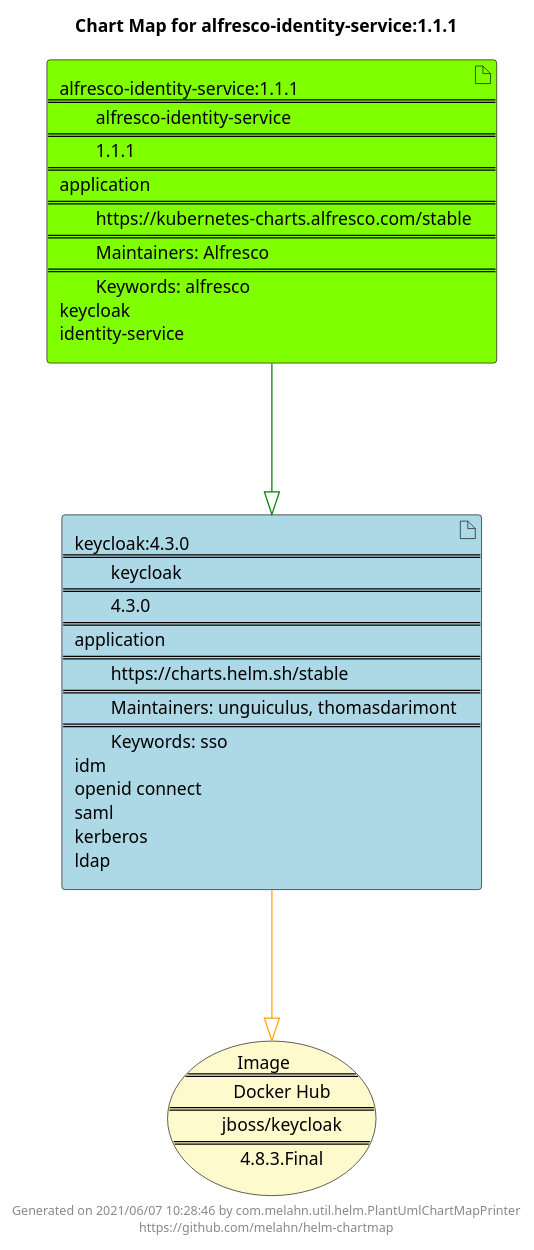
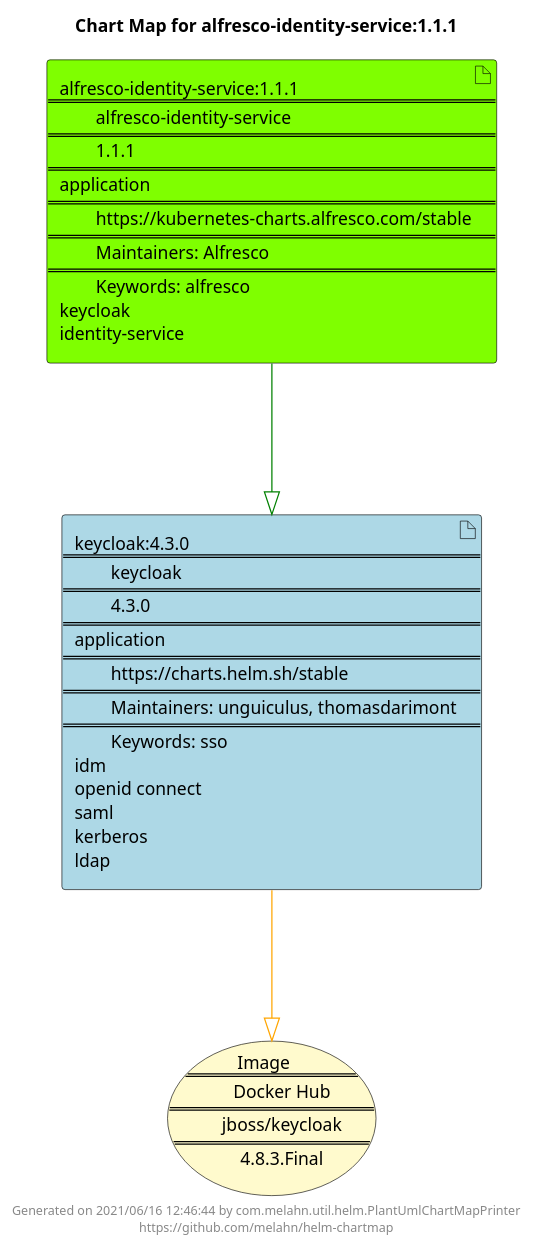
The diagram in docs/alfresco-identity-service/alfresco-identity-service-1.1.1.puml (melahn/helm-chartmap), drawn with PlantUML before and after one commit. The commit also changed 39 other files, not shown here.

```diff
--- a/docs/alfresco-identity-service/alfresco-identity-service-1.1.1.puml
+++ b/docs/alfresco-identity-service/alfresco-identity-service-1.1.1.puml
@@ -1,23 +1,23 @@
 @startuml
 skinparam linetype ortho
 skinparam backgroundColor white
 skinparam usecaseBorderColor black
 skinparam usecaseArrowColor LightSlateGray
 skinparam artifactBorderColor black
 skinparam artifactArrowColor LightSlateGray
 
 title Chart Map for alfresco-identity-service:1.1.1
 
 'There are 2 referenced Helm Charts
 artifact "alfresco-identity-service:1.1.1\n====\n\talfresco-identity-service\n====\n\t1.1.1\n====\napplication\n====\n\thttps://kubernetes-charts.alfresco.com/stable\n====\n\tMaintainers: Alfresco\n====\n\tKeywords: alfresco\nkeycloak\nidentity-service" as alfresco_identity_service_1_1_1 #Chartreuse
 artifact "keycloak:4.3.0\n====\n\tkeycloak\n====\n\t4.3.0\n====\napplication\n====\n\thttps://charts.helm.sh/stable\n====\n\tMaintainers: unguiculus, thomasdarimont\n====\n\tKeywords: sso\nidm\nopenid connect\nsaml\nkerberos\nldap" as keycloak_4_3_0 #LightBlue
 
 'There is one referenced Docker Image
 usecase "Image\n====\n\tDocker Hub\n====\n\tjboss/keycloak\n====\n\t4.8.3.Final" as jboss_keycloak_4_8_3_Final #LemonChiffon
 
 'Chart Dependencies
 alfresco_identity_service_1_1_1--[#green]-|>keycloak_4_3_0
 keycloak_4_3_0--[#orange]-|>jboss_keycloak_4_8_3_Final
 
-center footer Generated on 2021/06/07 10:28:46 by com.melahn.util.helm.PlantUmlChartMapPrinter\nhttps://github.com/melahn/helm-chartmap
+center footer Generated on 2021/06/16 12:46:44 by com.melahn.util.helm.PlantUmlChartMapPrinter\nhttps://github.com/melahn/helm-chartmap
 @enduml
```
